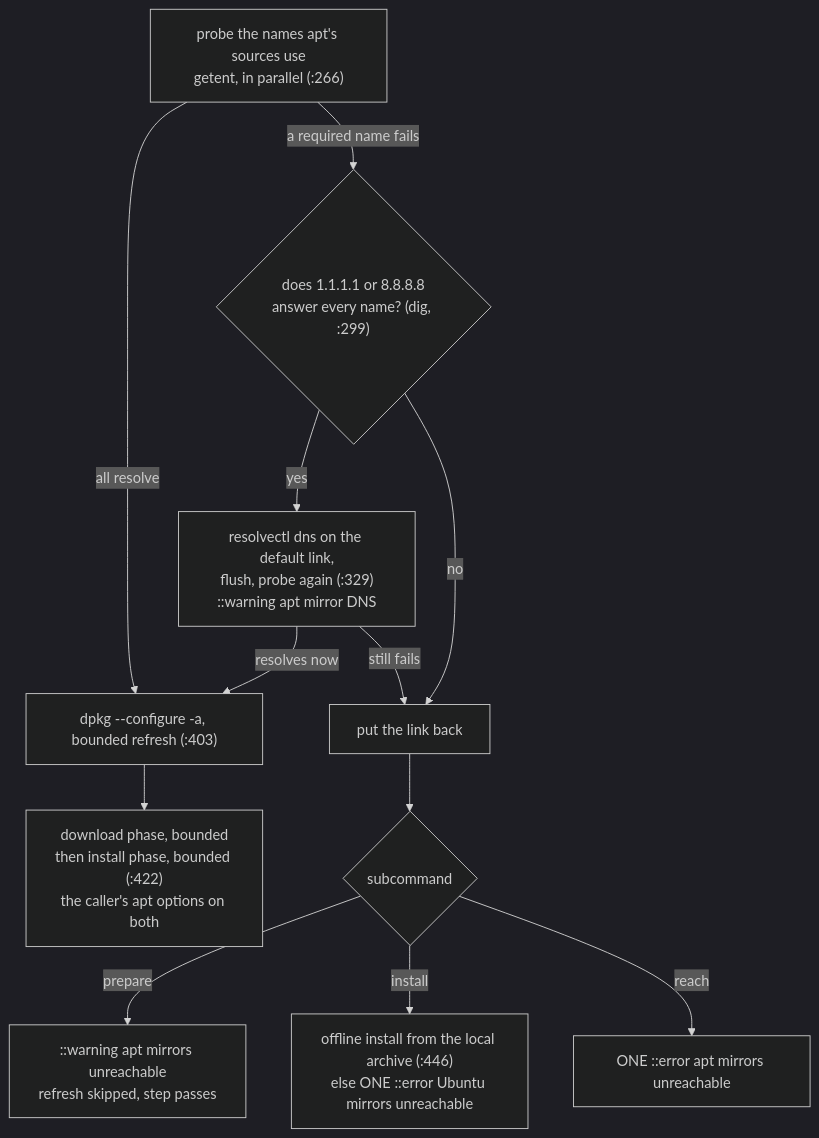
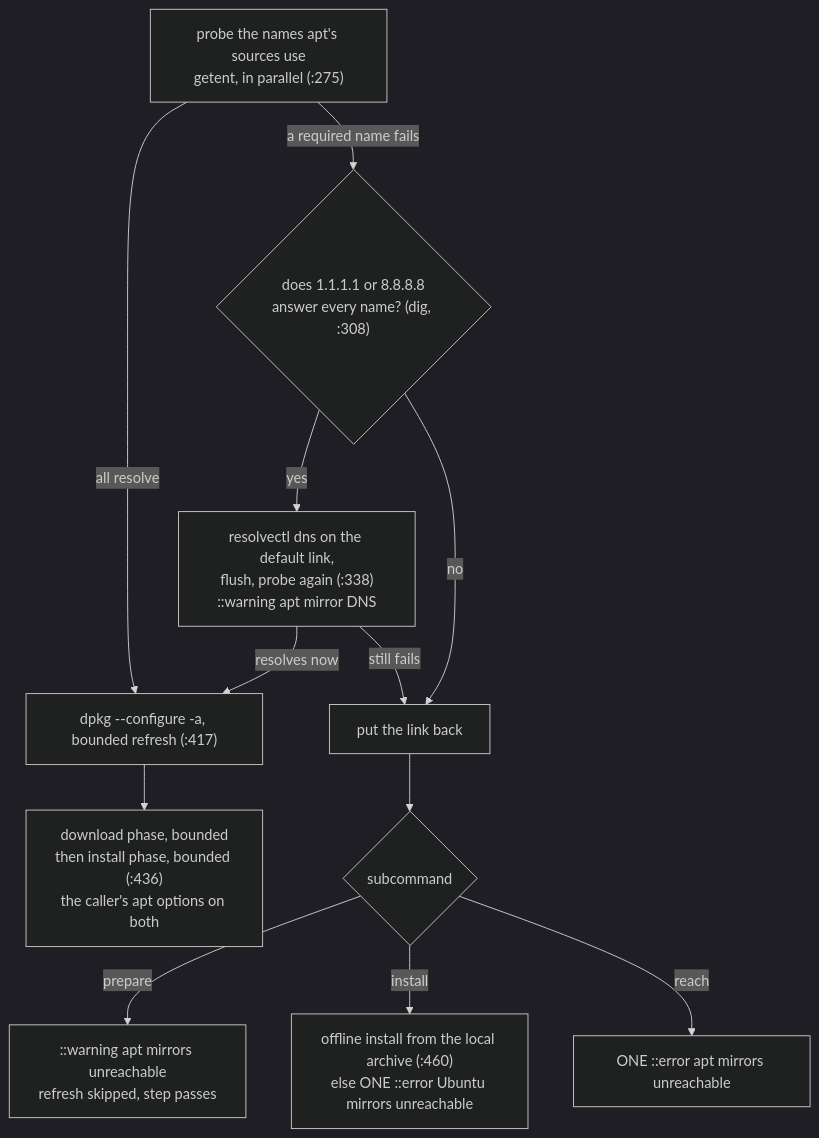
One commit to gjovanov/roomler-ai changed the second of 2 diagrams in docs/build-caches.md. Above: the diagram before and after it, drawn with Mermaid (dark theme). The commit also changed other lines of this file, not shown here.

First line of the commit message:
docs(build-caches): containers get the switch passed in; re-anchor ci-apt.sh

````diff
--- a/docs/build-caches.md
+++ b/docs/build-caches.md
@@ -236,14 +236,14 @@
 ```mermaid
 flowchart TD
-    A["probe the names apt's sources use<br/>getent, in parallel (:266)"] -->|all resolve| R
-    A -->|a required name fails| B{"does 1.1.1.1 or 8.8.8.8<br/>answer every name? (dig, :299)"}
-    B -->|yes| C["resolvectl dns on the default link,<br/>flush, probe again (:329)<br/>::warning apt mirror DNS"]
+    A["probe the names apt's sources use<br/>getent, in parallel (:275)"] -->|all resolve| R
+    A -->|a required name fails| B{"does 1.1.1.1 or 8.8.8.8<br/>answer every name? (dig, :308)"}
+    B -->|yes| C["resolvectl dns on the default link,<br/>flush, probe again (:338)<br/>::warning apt mirror DNS"]
     C -->|resolves now| R
     C -->|still fails| X["put the link back"]
     B -->|no| X
     X --> N{"subcommand"}
     N -->|prepare| W["::warning apt mirrors unreachable<br/>refresh skipped, step passes"]
-    N -->|install| O["offline install from the local archive (:446)<br/>else ONE ::error Ubuntu mirrors unreachable"]
+    N -->|install| O["offline install from the local archive (:460)<br/>else ONE ::error Ubuntu mirrors unreachable"]
     N -->|reach| E["ONE ::error apt mirrors unreachable"]
-    R["dpkg --configure -a, bounded refresh (:403)"] --> I["download phase, bounded<br/>then install phase, bounded (:422)<br/>the caller's apt options on both"]
+    R["dpkg --configure -a, bounded refresh (:417)"] --> I["download phase, bounded<br/>then install phase, bounded (:436)<br/>the caller's apt options on both"]
 ```
````
